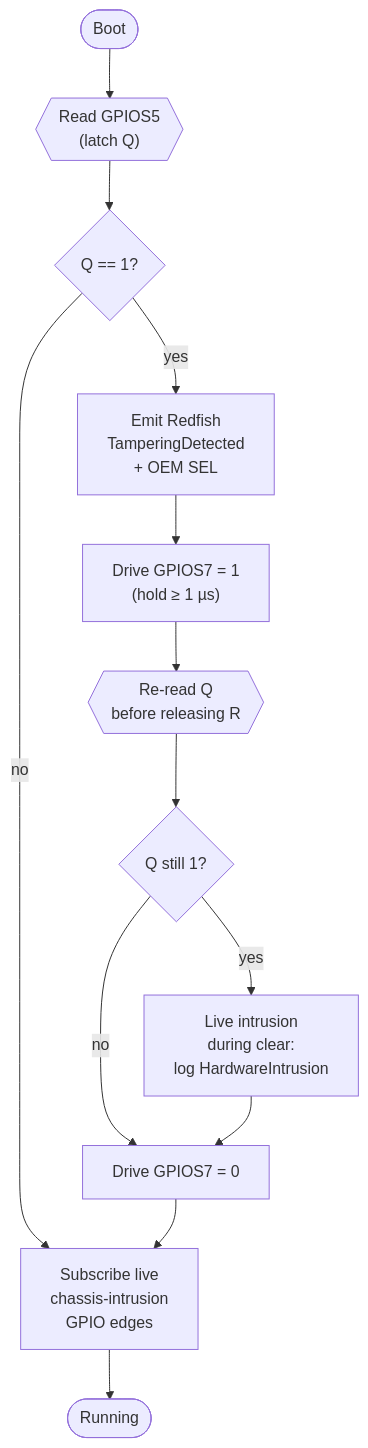
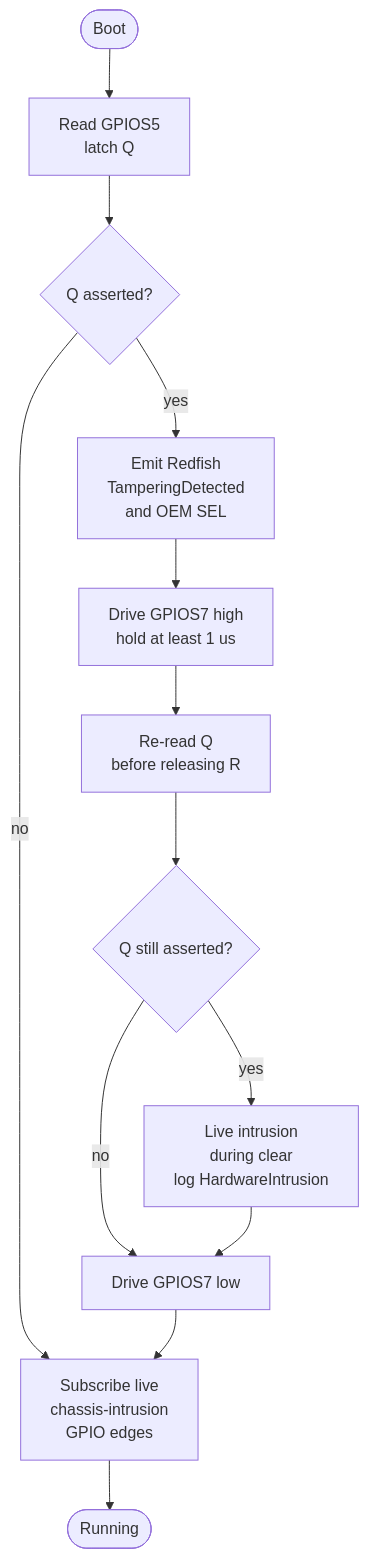
Before and after one commit to MichaelTien8901/openbmc-guide-tutorial: the fifth of 6 diagrams in docs/03-core-services/20-intrusion-detection-guide.md, drawn with Mermaid. The commit also changed other lines of this file, not shown here.

First line of the commit message:
Fix Mermaid 10.6 syntax errors in intrusion detection diagrams

````diff
--- a/docs/03-core-services/20-intrusion-detection-guide.md
+++ b/docs/03-core-services/20-intrusion-detection-guide.md
@@ -439,27 +439,27 @@
 ```mermaid
 flowchart TB
     Start(["Boot"])
-    ReadQ{{"Read GPIOS5<br/>(latch Q)"}}
-    Asserted{"Q == 1?"}
-    LogTamper["Emit Redfish<br/>TamperingDetected<br/>+ OEM SEL"]
-    ClearR["Drive GPIOS7 = 1<br/>(hold ≥ 1 µs)"]
-    DropR["Drive GPIOS7 = 0"]
-    Reread{{"Re-read Q<br/>before releasing R"}}
-    StillSet{"Q still 1?"}
-    Live["Live intrusion<br/>during clear:<br/>log HardwareIntrusion"]
+    ReadQ["Read GPIOS5<br/>latch Q"]
+    Asserted{"Q asserted?"}
+    LogTamper["Emit Redfish<br/>TamperingDetected<br/>and OEM SEL"]
+    ClearR["Drive GPIOS7 high<br/>hold at least 1 us"]
+    DropR["Drive GPIOS7 low"]
+    Reread["Re-read Q<br/>before releasing R"]
+    StillSet{"Q still asserted?"}
+    Live["Live intrusion<br/>during clear<br/>log HardwareIntrusion"]
     Subscribe["Subscribe live<br/>chassis-intrusion<br/>GPIO edges"]
     Done(["Running"])
 
     Start --> ReadQ
     ReadQ --> Asserted
     Asserted -- "yes" --> LogTamper
     Asserted -- "no" --> Subscribe
     LogTamper --> ClearR
     ClearR --> Reread
     Reread --> StillSet
     StillSet -- "yes" --> Live
     StillSet -- "no" --> DropR
     Live --> DropR
     DropR --> Subscribe
     Subscribe --> Done
 ```
````
